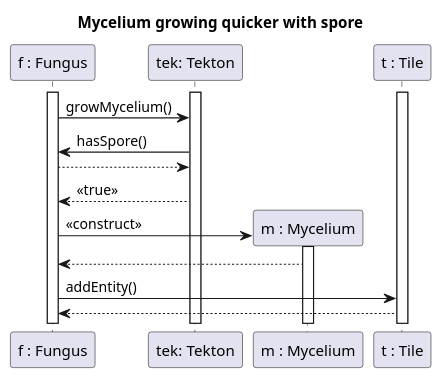
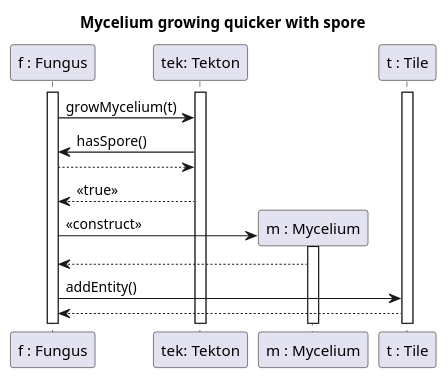
Before and after one commit to Harcipan/Projlab_nullpointerexception: the diagram in diagrams/diagramFiles/SQ_MyceliumGrowthWithSpore.puml, drawn with PlantUML. The commit also changed 4 other files, not shown here.

```diff
--- a/diagrams/diagramFiles/SQ_MyceliumGrowthWithSpore.puml
+++ b/diagrams/diagramFiles/SQ_MyceliumGrowthWithSpore.puml
@@ -1,27 +1,27 @@
 @startuml Fungus growth with spore
 
 title Mycelium growing quicker with spore
 
 participant "f : Fungus" as F
 participant "tek: Tekton" as Tek
 participant "m : Mycelium" as M
 participant "t : Tile" as T
 
 activate F
 activate T
 activate Tek
 
 
-F->Tek : growMycelium()
+F->Tek : growMycelium(t)
 Tek -> F : hasSpore()
 F --> Tek 
 Tek --> F : <<true>>
 F -> M ** : <<construct>>
 activate M
 M --> F
 F -> T : addEntity()
 T-->F
 
 
 
 @enduml
```
